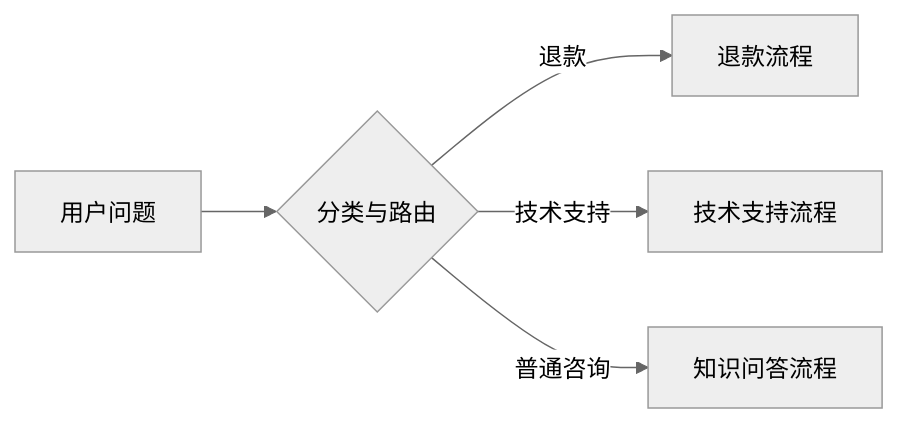
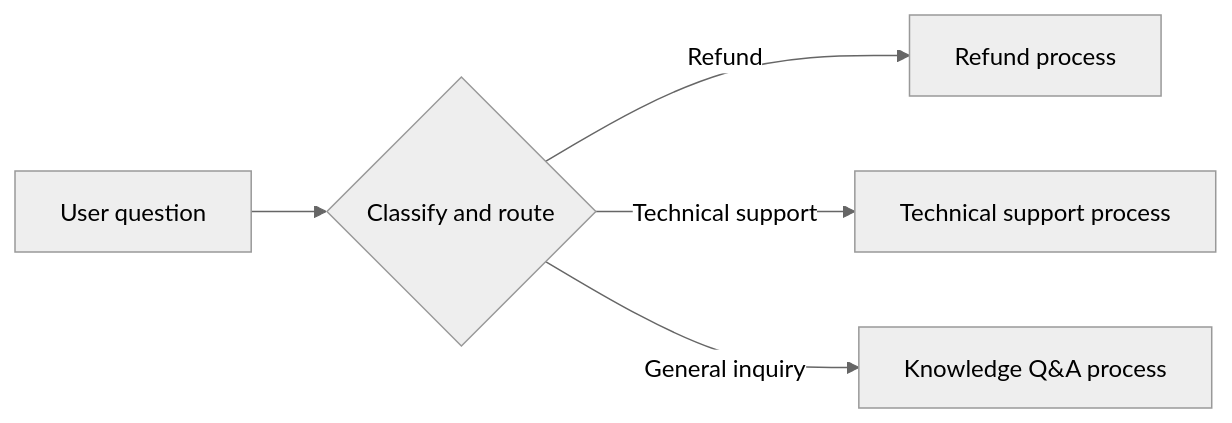
One commit to oneleaveknowsthefall/awesome-ai-roadmap changed the tenth of 15 diagrams in docs/agent/01-foundations/03-agentic-building-blocks.md. Above: the diagram before and after it, drawn with Mermaid (neutral theme). The commit also changed other lines of this file and 68 other files, not shown here.

````diff
--- a/docs/agent/01-foundations/03-agentic-building-blocks.md
+++ b/docs/agent/01-foundations/03-agentic-building-blocks.md
@@ -574,7 +578,7 @@
 ```mermaid
 flowchart LR
-    Q[用户问题] --> C{分类与路由}
-    C -->|退款| R[退款流程]
-    C -->|技术支持| T[技术支持流程]
-    C -->|普通咨询| G[知识问答流程]
+    Q[User question] --> C{Classify and route}
+    C -->|Refund| R[Refund process]
+    C -->|Technical support| T[Technical support process]
+    C -->|General inquiry| G[Knowledge Q&A process]
 ```
````
